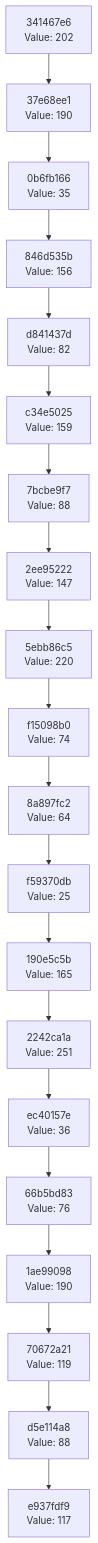
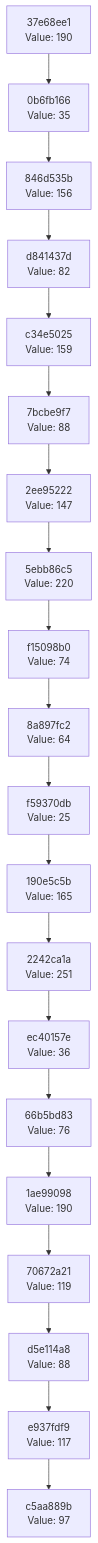
Before and after one commit to Abhisheksinha1506/hash-chain-evolver: the diagram in docs/CHAIN_VISUALIZATION.md, drawn with Mermaid. The commit also changed 2 other files, not shown here.

Commit message:
Evolution Step

````diff
--- a/docs/CHAIN_VISUALIZATION.md
+++ b/docs/CHAIN_VISUALIZATION.md
@@ -3,42 +3,42 @@
 ```mermaid
 graph TD
-    C0["e937fdf9<br/>Value: 117"]
-    C1["d5e114a8<br/>Value: 88"]
+    C0["c5aa889b<br/>Value: 97"]
+    C1["e937fdf9<br/>Value: 117"]
     C1 --> C0
-    C2["70672a21<br/>Value: 119"]
+    C2["d5e114a8<br/>Value: 88"]
     C2 --> C1
-    C3["1ae99098<br/>Value: 190"]
+    C3["70672a21<br/>Value: 119"]
     C3 --> C2
-    C4["66b5bd83<br/>Value: 76"]
+    C4["1ae99098<br/>Value: 190"]
     C4 --> C3
-    C5["ec40157e<br/>Value: 36"]
+    C5["66b5bd83<br/>Value: 76"]
     C5 --> C4
-    C6["2242ca1a<br/>Value: 251"]
+    C6["ec40157e<br/>Value: 36"]
     C6 --> C5
-    C7["190e5c5b<br/>Value: 165"]
+    C7["2242ca1a<br/>Value: 251"]
     C7 --> C6
-    C8["f59370db<br/>Value: 25"]
+    C8["190e5c5b<br/>Value: 165"]
     C8 --> C7
-    C9["8a897fc2<br/>Value: 64"]
+    C9["f59370db<br/>Value: 25"]
     C9 --> C8
-    C10["f15098b0<br/>Value: 74"]
+    C10["8a897fc2<br/>Value: 64"]
     C10 --> C9
-    C11["5ebb86c5<br/>Value: 220"]
+    C11["f15098b0<br/>Value: 74"]
     C11 --> C10
-    C12["2ee95222<br/>Value: 147"]
+    C12["5ebb86c5<br/>Value: 220"]
     C12 --> C11
-    C13["7bcbe9f7<br/>Value: 88"]
+    C13["2ee95222<br/>Value: 147"]
     C13 --> C12
-    C14["c34e5025<br/>Value: 159"]
+    C14["7bcbe9f7<br/>Value: 88"]
     C14 --> C13
-    C15["d841437d<br/>Value: 82"]
+    C15["c34e5025<br/>Value: 159"]
     C15 --> C14
-    C16["846d535b<br/>Value: 156"]
+    C16["d841437d<br/>Value: 82"]
     C16 --> C15
-    C17["0b6fb166<br/>Value: 35"]
+    C17["846d535b<br/>Value: 156"]
     C17 --> C16
-    C18["37e68ee1<br/>Value: 190"]
+    C18["0b6fb166<br/>Value: 35"]
     C18 --> C17
-    C19["341467e6<br/>Value: 202"]
+    C19["37e68ee1<br/>Value: 190"]
     C19 --> C18
 ```
````
